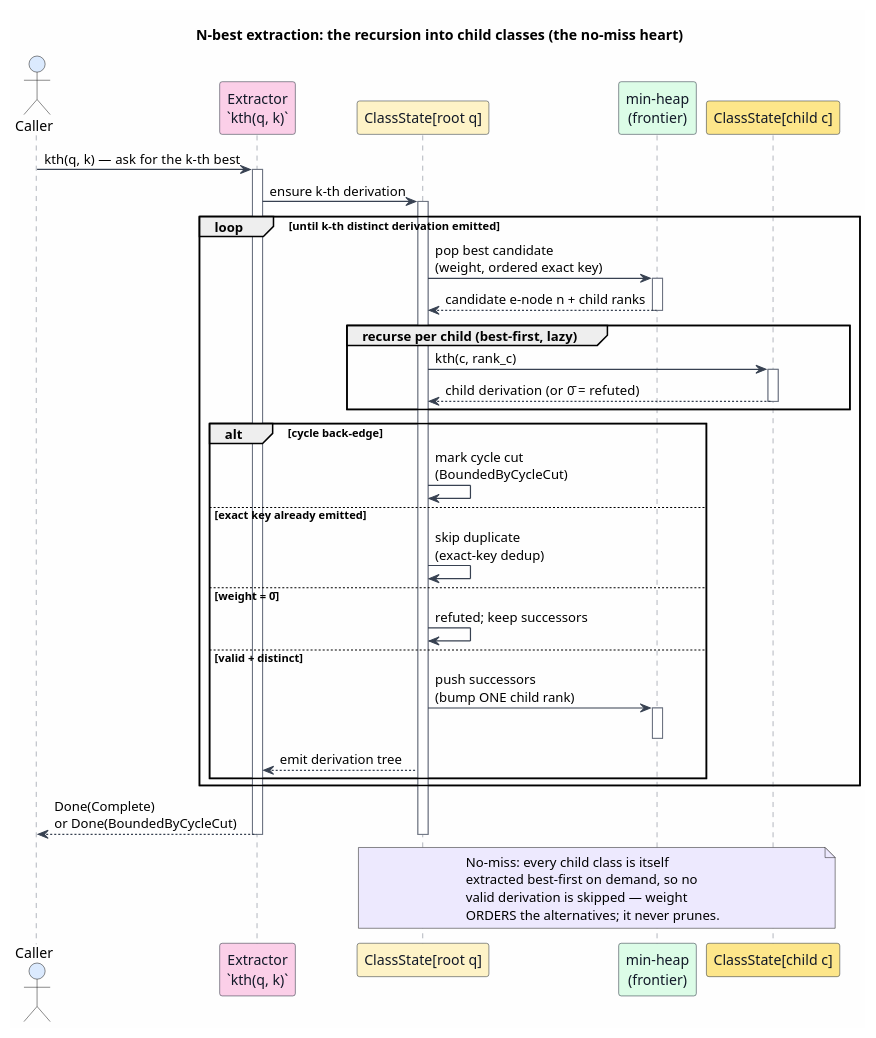
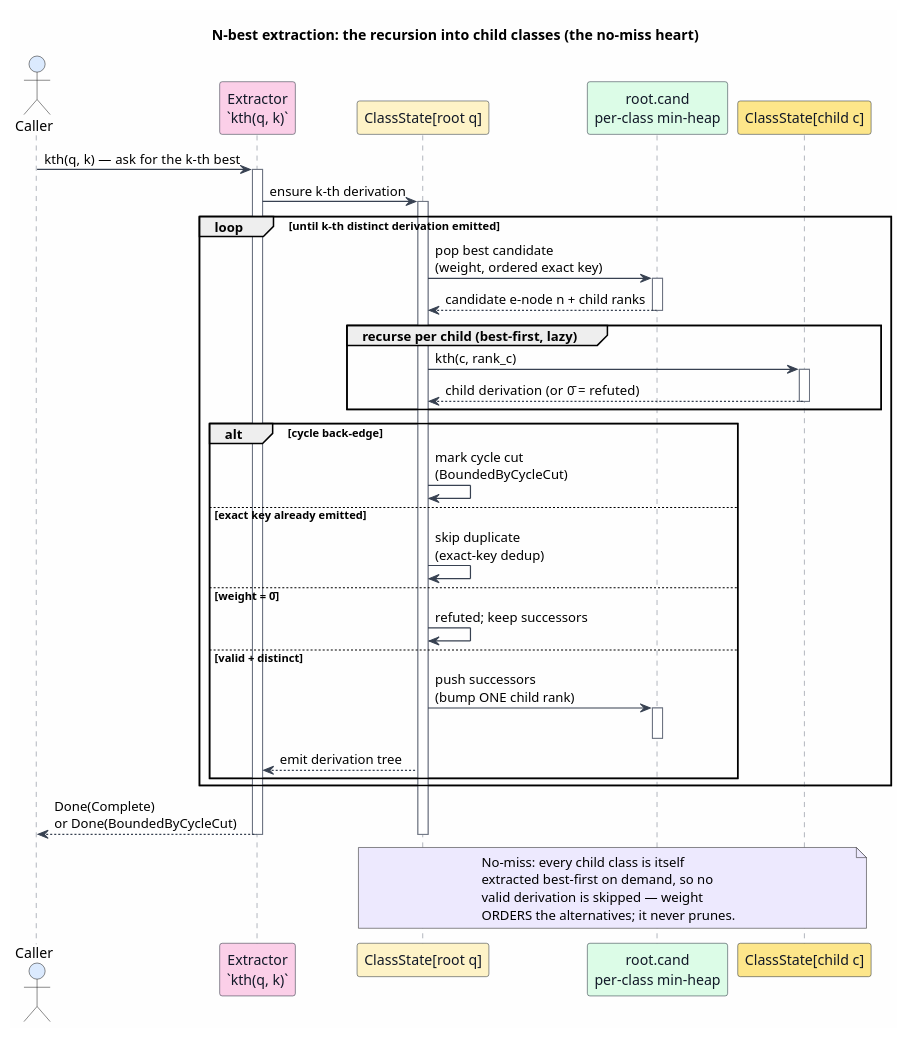
One commit to F1R3FLY-io/mettail-rust changed the diagram in docs/architecture/dovetail/figures/05-extraction-sequence.puml. Above: the diagram before and after it, drawn with PlantUML. The commit also changed 11 other files, not shown here.

First line of the commit message:
Refine diagram actors: name owning crates, fix misattributions (DOC-6)

```diff
--- a/docs/architecture/dovetail/figures/05-extraction-sequence.puml
+++ b/docs/architecture/dovetail/figures/05-extraction-sequence.puml
@@ -1,62 +1,62 @@
 @startuml
 title N-best extraction: the recursion into child classes (the no-miss heart)
 
 skinparam backgroundColor #FEFEFE
 skinparam shadowing false
 skinparam ArrowThickness 1.2
 skinparam sequence {
   ArrowColor #374151
   LifeLineBorderColor #6B7280
   ParticipantBorderColor #1F2937
   ParticipantFontColor #111827
 }
 
 actor "Caller" as caller #DBEAFE
 participant "Extractor\n`kth(q, k)`" as ex #FBCFE8
 participant "ClassState[root q]" as root #FEF3C7
-participant "min-heap\n(frontier)" as heap #DCFCE7
+participant "root.cand\nper-class min-heap" as heap #DCFCE7
 participant "ClassState[child c]" as child #FDE68A
 
 caller -> ex : kth(q, k)  — ask for the k-th best
 activate ex
 ex -> root : ensure k-th derivation
 activate root
 
 loop until k-th distinct derivation emitted
   root -> heap : pop best candidate\n(weight, ordered exact key)
   activate heap
   heap --> root : candidate e-node n + child ranks
   deactivate heap
 
   group recurse per child (best-first, lazy)
     root -> child : kth(c, rank_c)
     activate child
     child --> root : child derivation  (or 0̄ = refuted)
     deactivate child
   end
 
   alt cycle back-edge
     root -> root : mark cycle cut\n(BoundedByCycleCut)
   else exact key already emitted
     root -> root : skip duplicate\n(exact-key dedup)
   else weight = 0̄
     root -> root : refuted; keep successors
   else valid + distinct
     root -> heap : push successors\n(bump ONE child rank)
     activate heap
     deactivate heap
     root --> ex : emit derivation tree
   end
 end
 
 ex --> caller : Done(Complete)\nor Done(BoundedByCycleCut)
 deactivate root
 deactivate ex
 
 note over root, child #EDE9FE
   No-miss: every child class is itself
   extracted best-first on demand, so no
   valid derivation is skipped — weight
   ORDERS the alternatives; it never prunes.
 end note
 @enduml
```
